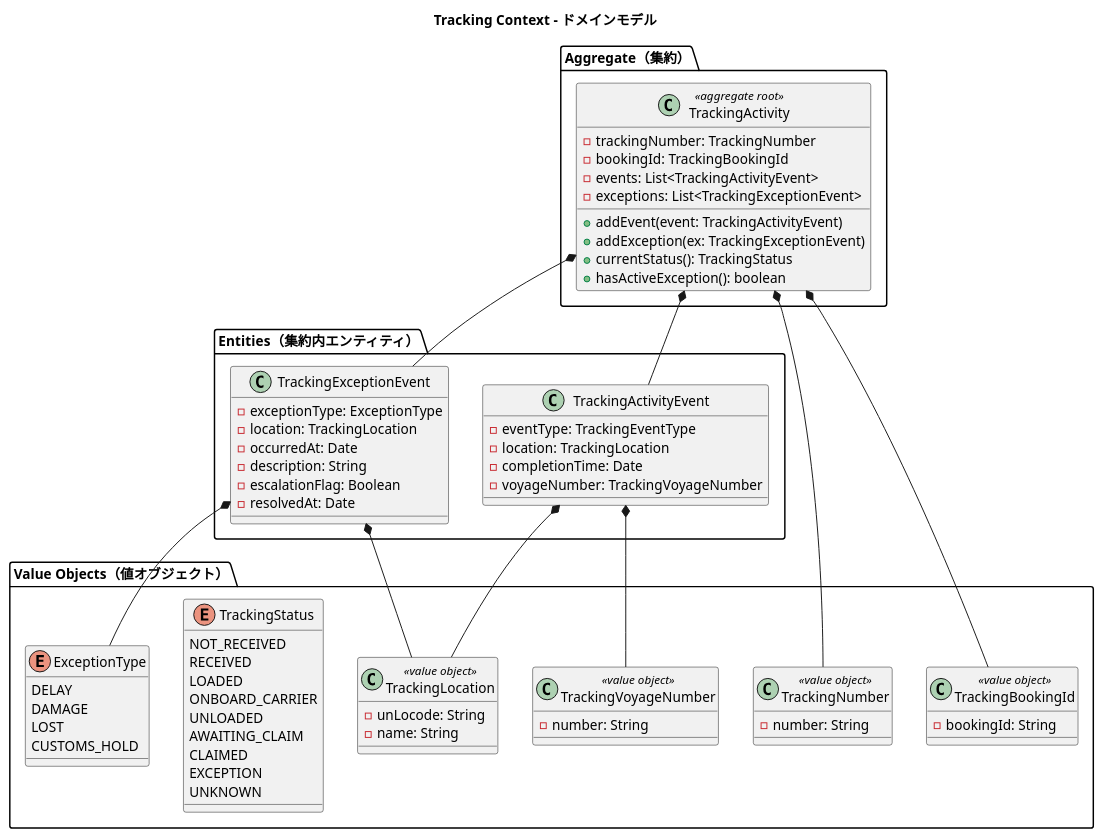
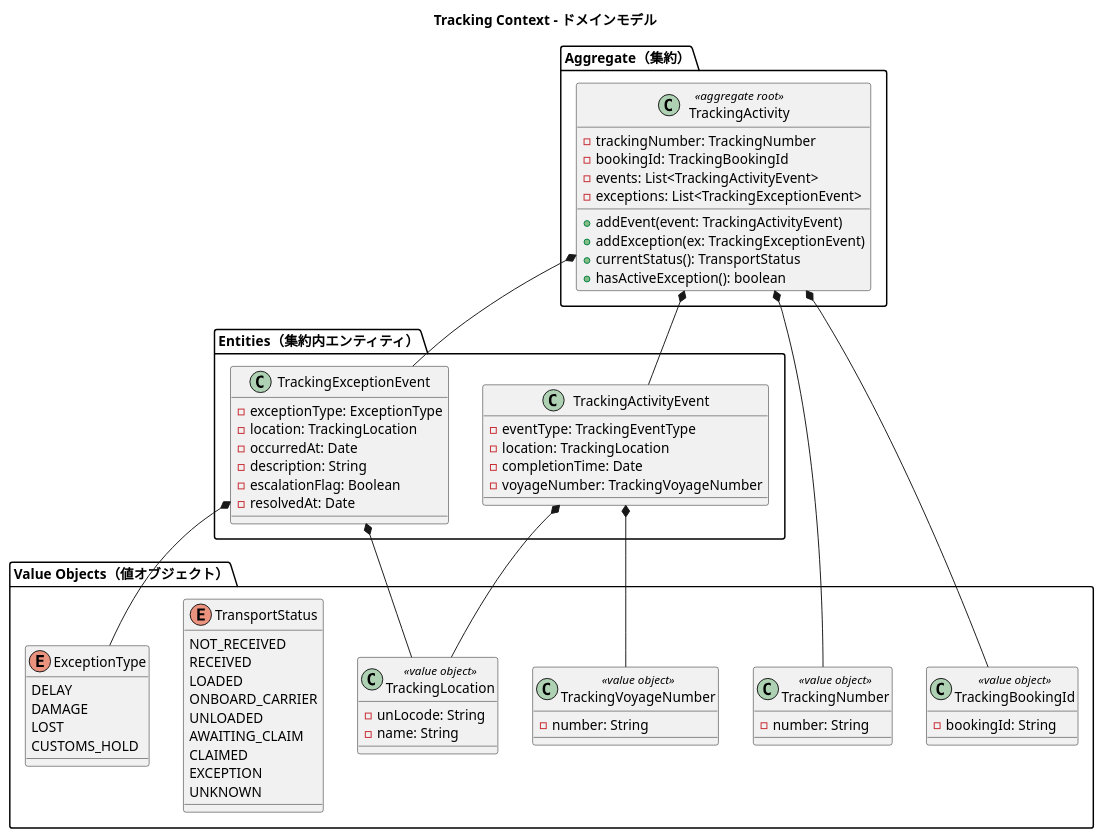
Before and after one commit to k2works/case-study-cargo-tracker: the sixth of 11 diagrams in docs/design/domain-model.md, drawn with PlantUML. The commit also changed other lines of this file and 2 other files, not shown here.

````diff
--- a/docs/design/domain-model.md
+++ b/docs/design/domain-model.md
@@ -662,78 +662,78 @@
 ```plantuml
 @startuml
 title Tracking Context - ドメインモデル
 
 package "Aggregate（集約）" {
   class TrackingActivity <<aggregate root>> {
     -trackingNumber: TrackingNumber
     -bookingId: TrackingBookingId
     -events: List<TrackingActivityEvent>
     -exceptions: List<TrackingExceptionEvent>
     +addEvent(event: TrackingActivityEvent)
     +addException(ex: TrackingExceptionEvent)
-    +currentStatus(): TrackingStatus
+    +currentStatus(): TransportStatus
     +hasActiveException(): boolean
   }
 }
 
 package "Entities（集約内エンティティ）" {
   class TrackingActivityEvent {
     -eventType: TrackingEventType
     -location: TrackingLocation
     -completionTime: Date
     -voyageNumber: TrackingVoyageNumber
   }
   class TrackingExceptionEvent {
     -exceptionType: ExceptionType
     -location: TrackingLocation
     -occurredAt: Date
     -description: String
     -escalationFlag: Boolean
     -resolvedAt: Date
   }
 }
 
 package "Value Objects（値オブジェクト）" {
   class TrackingNumber <<value object>> {
     -number: String
   }
   class TrackingBookingId <<value object>> {
     -bookingId: String
   }
   class TrackingLocation <<value object>> {
     -unLocode: String
     -name: String
   }
   class TrackingVoyageNumber <<value object>> {
     -number: String
   }
-  enum TrackingStatus {
+  enum TransportStatus {
     NOT_RECEIVED
     RECEIVED
     LOADED
     ONBOARD_CARRIER
     UNLOADED
     AWAITING_CLAIM
     CLAIMED
     EXCEPTION
     UNKNOWN
   }
   enum ExceptionType {
     DELAY
     DAMAGE
     LOST
     CUSTOMS_HOLD
   }
 }
 
 TrackingActivity *-- TrackingNumber
 TrackingActivity *-- TrackingBookingId
 TrackingActivity *-- TrackingActivityEvent
 TrackingActivity *-- TrackingExceptionEvent
 TrackingActivityEvent *-- TrackingLocation
 TrackingActivityEvent *-- TrackingVoyageNumber
 TrackingExceptionEvent *-- ExceptionType
 TrackingExceptionEvent *-- TrackingLocation
 
 @enduml
 ```
````
